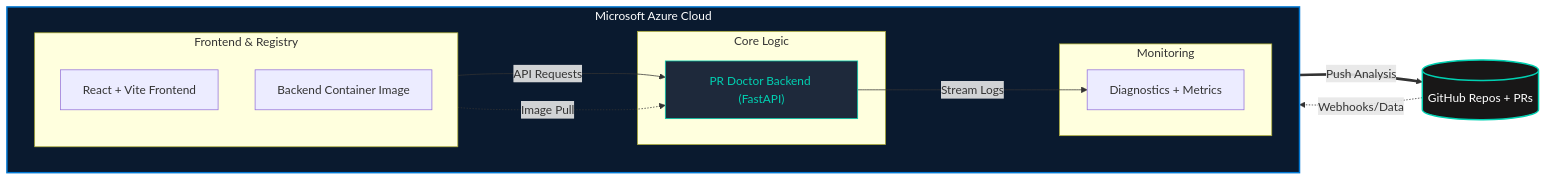
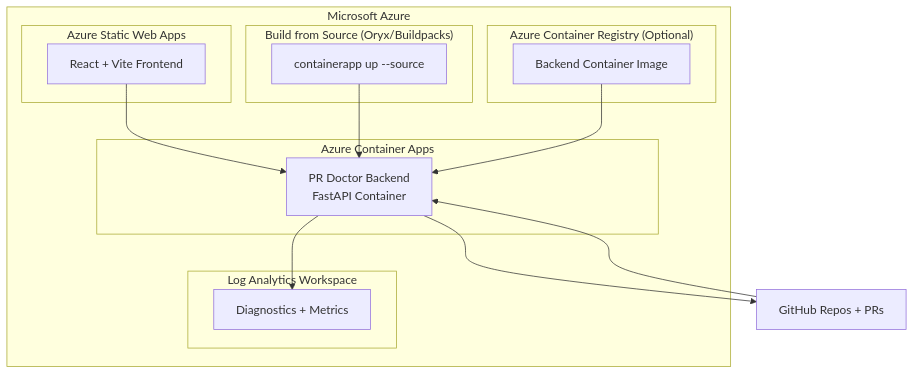
Before and after one commit to M10vir/pr-doctor: the second of 2 diagrams in README.md, drawn with Mermaid. The commit also changed other lines of this file, not shown here.

Commit message:
docs: clarify azure deploy options (source vs acr) + improve setup clarity

````diff
--- a/README.md
+++ b/README.md
@@ -56,38 +122,31 @@
 ```mermaid
-flowchart LR
-    subgraph Azure["Microsoft Azure Cloud"]
-        direction LR
-        
-        subgraph Ingress["Frontend & Registry"]
-            direction TB
-            SWA["React + Vite Frontend"]
-            ACR["Backend Container Image"]
+flowchart TB
+    subgraph Azure["Microsoft Azure"]
+        subgraph ACA["Azure Container Apps"]
+            Backend[PR Doctor Backend<br/>FastAPI Container]
         end
 
-        subgraph Core["Core Logic"]
-            Backend["PR Doctor Backend (FastAPI)"]
+        subgraph SWA["Azure Static Web Apps"]
+            Frontend[React + Vite Frontend]
         end
 
-        subgraph Ops["Monitoring"]
-            LAW["Diagnostics + Metrics"]
+        subgraph Build["Build from Source (Oryx/Buildpacks)"]
+            SourceBuild[containerapp up --source]
+        end
+
+        subgraph ACR["Azure Container Registry (Optional)"]
+            Images[Backend Container Image]
+        end
+
+        subgraph LAW["Log Analytics Workspace"]
+            Logs[Diagnostics + Metrics]
         end
     end
 
-    %% External System
-    GitHub[("GitHub Repos + PRs")]
-
-    %% Straightened Connections
-    SWA --->|API Requests| Backend
-    ACR -.->|Image Pull| Backend
-    
-    %% Bidirectional logic separated for clarity
-    Backend ==>|Push Analysis| GitHub
-    GitHub -.->|Webhooks/Data| Backend
-    
-    Backend --->|Stream Logs| LAW
-
-    %% Professional Styling
-    style GitHub fill:#181717,color:#fff,stroke:#00D1B2,stroke-width:2px
-    style Azure fill:#0A1A2F,color:#fff,stroke:#0078D4,stroke-width:2px
-    style Backend fill:#1e293b,color:#00D1B2,stroke:#00D1B2
+    GitHub[GitHub Repos + PRs] --> Backend
+    Frontend --> Backend
+    Backend --> GitHub
+    Backend --> Logs
+    SourceBuild --> Backend
+    Images --> Backend
 ```
````
